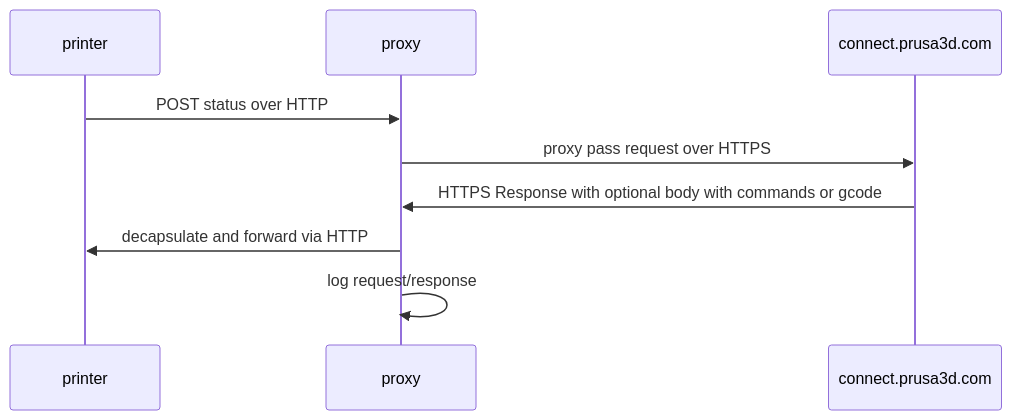
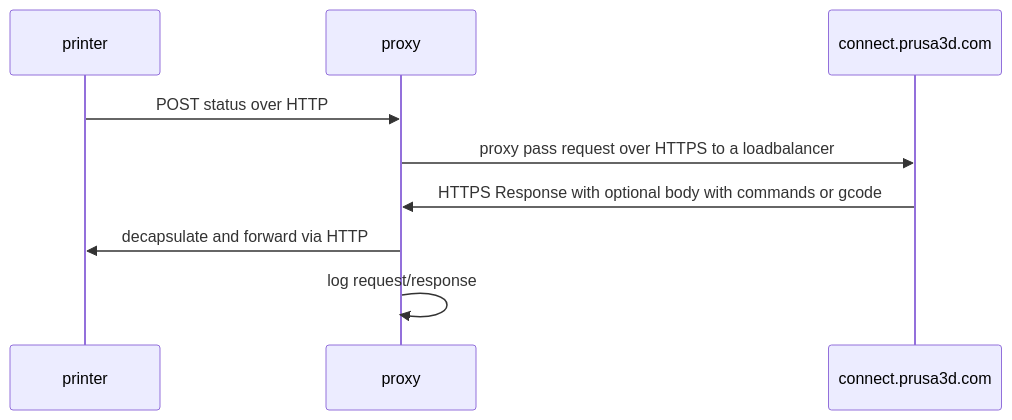
Before and after one commit to nvtkaszpir/3d-print: the diagram in prusa-connect-proxy/README.md, drawn with Mermaid. The commit also changed other lines of this file, not shown here.

Commit message:
Update readme about prusa-connect-proxy

````diff
--- a/prusa-connect-proxy/README.md
+++ b/prusa-connect-proxy/README.md
@@ -5,10 +15,8 @@
 ```mermaid
 sequenceDiagram
     printer->>proxy: POST status over HTTP
-    proxy->>connect.prusa3d.com: proxy pass request over HTTPS
+    proxy->>connect.prusa3d.com: proxy pass request over HTTPS to a loadbalancer
     connect.prusa3d.com->>proxy: HTTPS Response with optional body with commands or gcode
     proxy->>printer: decapsulate and forward via HTTP
     proxy->>proxy: log request/response
-
-
 ```
````
